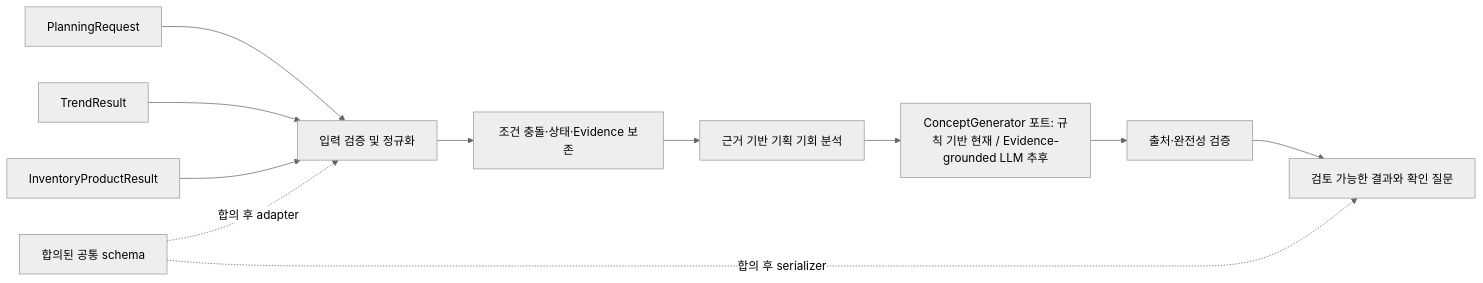
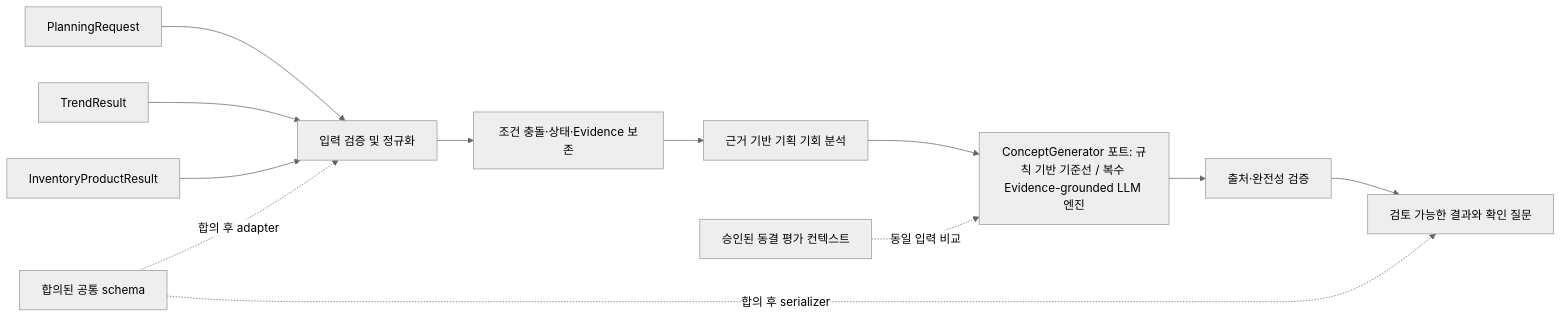
One commit to KG-RAG-02/fashion-planner-novelty changed the diagram in docs/design/implementation-roadmap.md. Above: the diagram before and after it, drawn with Mermaid (neutral theme). The commit also changed other lines of this file and 3 other files, not shown here.

````diff
--- a/docs/design/implementation-roadmap.md
+++ b/docs/design/implementation-roadmap.md
@@ -34,13 +35,14 @@
 ```mermaid
 flowchart LR
     A[PlanningRequest] --> N[입력 검증 및 정규화]
     B[TrendResult] --> N
     C[InventoryProductResult] --> N
     N --> X[조건 충돌·상태·Evidence 보존]
     X --> O[근거 기반 기획 기회 분석]
-    O --> G[ConceptGenerator 포트: 규칙 기반 현재 / Evidence-grounded LLM 추후]
+    O --> G[ConceptGenerator 포트: 규칙 기반 기준선 / 복수 Evidence-grounded LLM 엔진]
+    E[승인된 동결 평가 컨텍스트] -. 동일 입력 비교 .-> G
     G --> V[출처·완전성 검증]
     V --> R[검토 가능한 결과와 확인 질문]
     W[합의된 공통 schema] -. 합의 후 adapter .-> N
     W -. 합의 후 serializer .-> R
 ```
````
